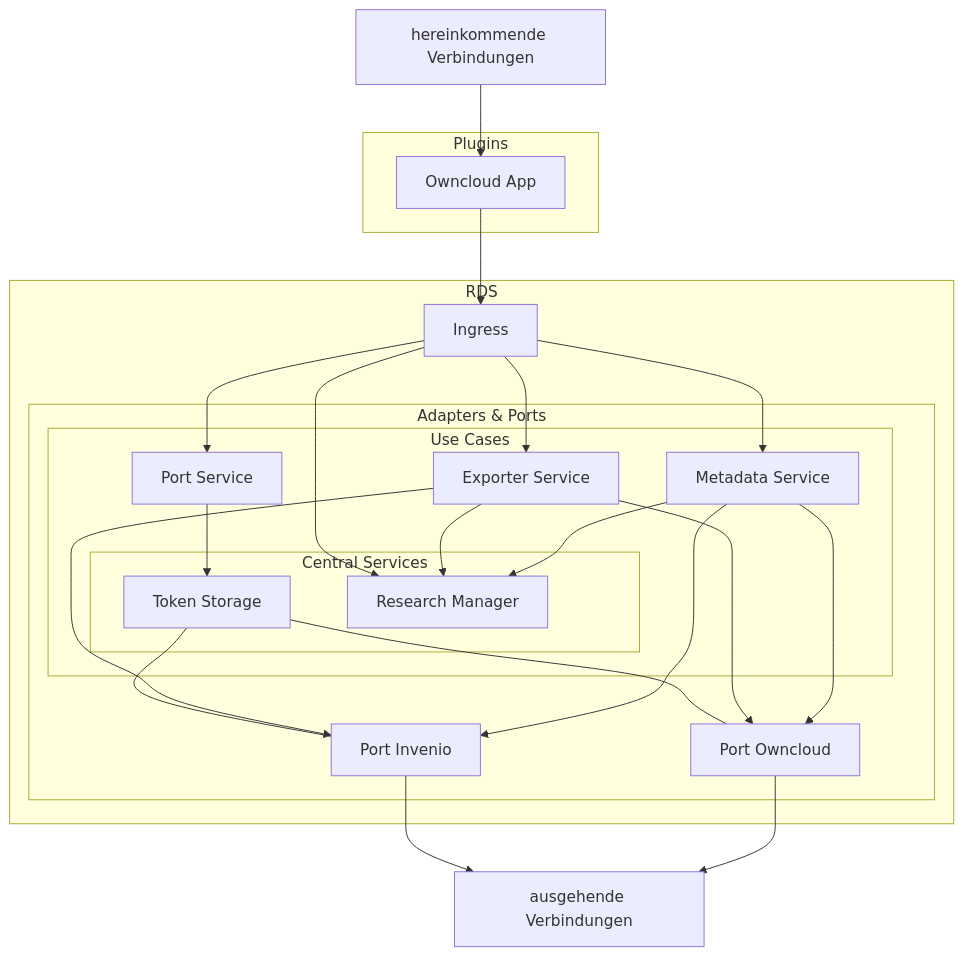
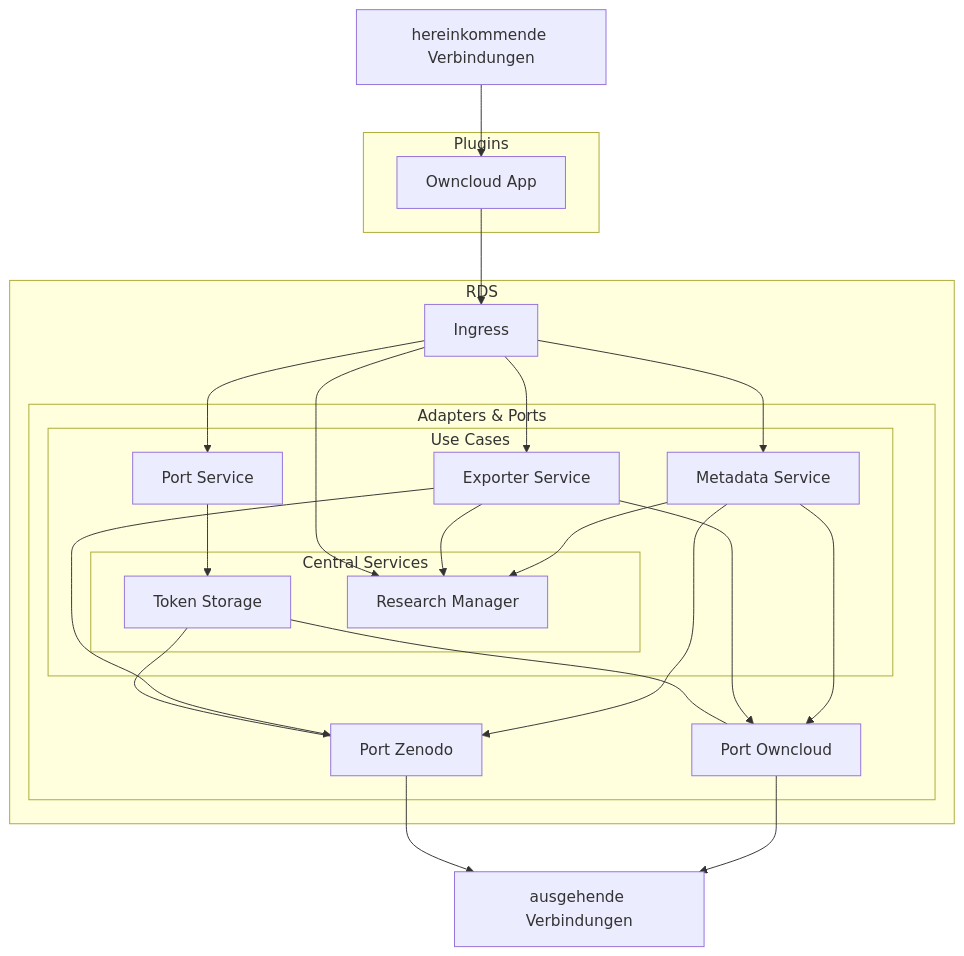
Before and after one commit to Sciebo-RDS/Sciebo-RDS: the diagram in docs/content/doc/impl/infrastructure/ecosystem.de.md, drawn with Mermaid. The commit also changed 1 other file, not shown here.

Commit message:
add click to owncloud plugin

````diff
--- a/docs/content/doc/impl/infrastructure/ecosystem.de.md
+++ b/docs/content/doc/impl/infrastructure/ecosystem.de.md
@@ -18,66 +18,68 @@
 ```mermaid
 graph TD;
   %% define nodes
   
   subgraph Plugins
       OP[Owncloud App]
   end
 
   subgraph RDS
     Ingress
 
     subgraph Adapters & Ports
       %% SPAEx[SPA Exporter]
       %% SPATS[SPA Token Storage]
 
-      PInvenio[Port Invenio]
+      PInvenio[Port Zenodo]
       POwncloud[Port Owncloud]
 
       subgraph Use Cases
         UCExporter[Exporter Service]
         UCPort[Port Service]
         UCMetadata[Metadata Service]
         %% UCProject[Project Service]
 
         subgraph Central Services
           CSToken[Token Storage]
           CSProject[Research Manager]
         end
       end
     end
   end
 
   WWWI[hereinkommende Verbindungen]
   WWWO[ausgehende Verbindungen]
+
+  click OP "/de/doc/impl/plugins/owncloud/"
 
   click PInvenio "/de/doc/impl/ports/port-invenio"
   click POwncloud "/de/doc/impl/ports/port-storage"
 
   click UCPort "/de/doc/impl/use-cases/port-service"
   click UCExporter "/de/doc/impl/use-cases/exporter"
   click UCMetadata "/de/doc/impl/use-cases/metadata"
 
   click CSProject "/de/doc/impl/central/research-manager"
   click CSToken ""/de/doc/impl/central/token-storage""
 
   %% define connections
   WWWI --> OP
   OP --> Ingress
 
   %% Ingress --> SPAEx --> UCExporter
   %% Ingress --> SPATS --> CSToken
   %% Ingress -->|Nur für die Registration von neuen Tokens| ARegister
   Ingress --> CSProject & UCExporter & UCMetadata & UCPort
 
   %% UCExporter --> UCProject
   %% UCProject --> CSProject
   UCPort --> CSToken
 
   CSToken --- PInvenio & POwncloud
   UCExporter & UCMetadata --> PInvenio & POwncloud & CSProject
 
   %% PInvenio --> POwncloud
 
   PInvenio --> WWWO
   POwncloud --> WWWO
 ```
````
